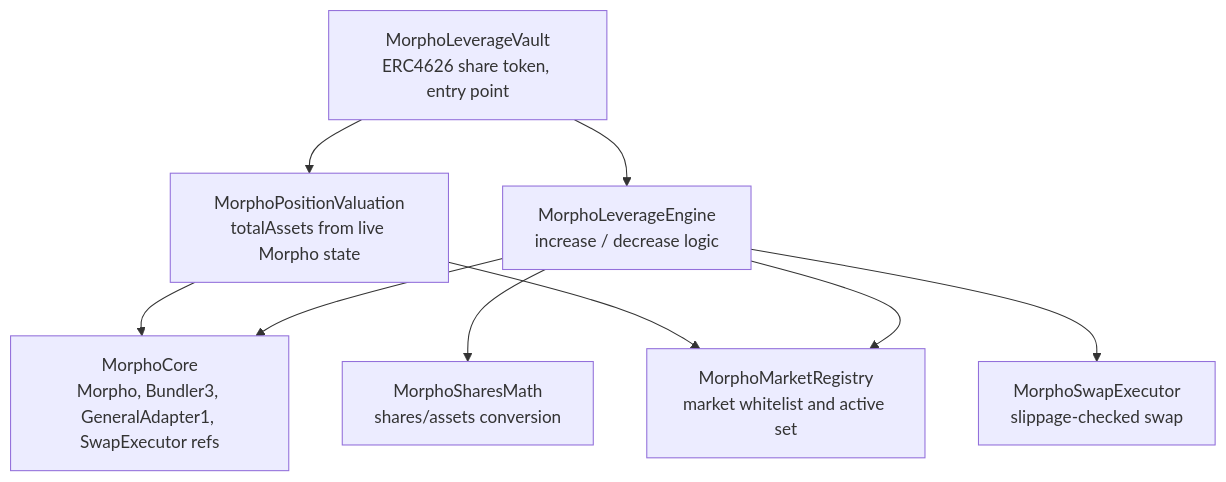
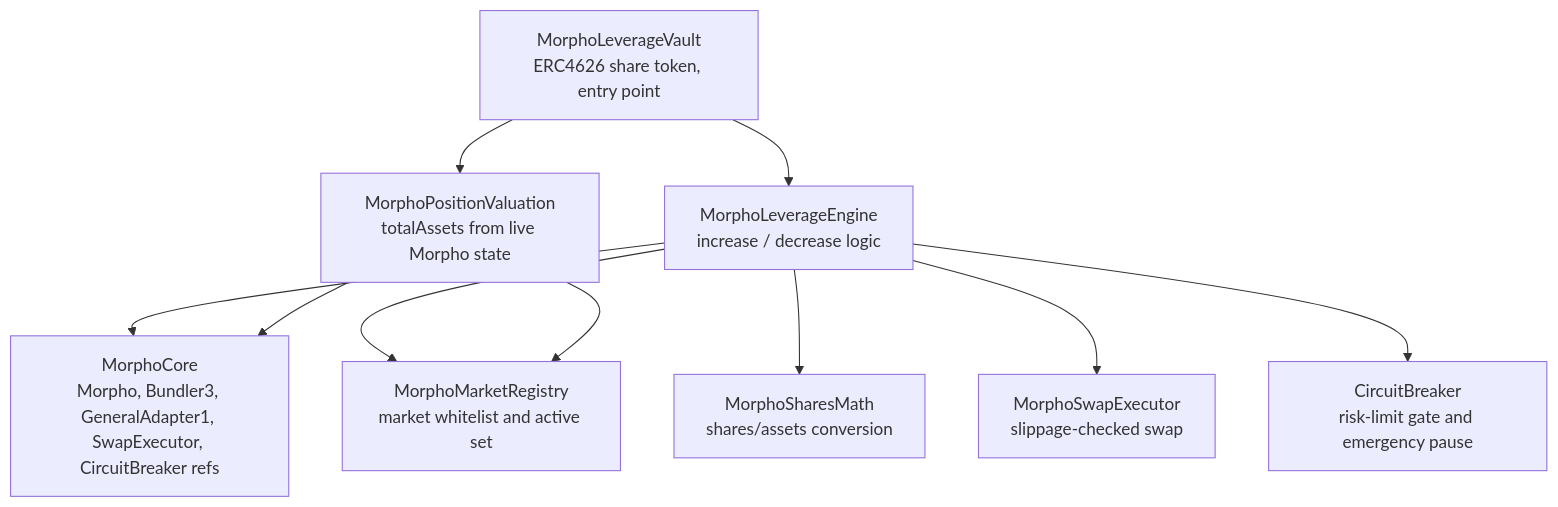
The first of 5 diagrams in README.md (pieakshat/Morpho-Controller), drawn with Mermaid before and after one commit. The commit also changed other lines of this file and 11 other files, not shown here.

Commit message:
feat: add CircuitBreaker risk-limit gate with owner-only emergency exit

````diff
--- a/README.md
+++ b/README.md
@@ -21,12 +23,13 @@
 ```mermaid
 flowchart TD
     Vault["MorphoLeverageVault<br/>ERC4626 share token, entry point"]
     Vault --> Engine["MorphoLeverageEngine<br/>increase / decrease logic"]
     Vault --> Valuation["MorphoPositionValuation<br/>totalAssets from live Morpho state"]
-    Engine --> Core["MorphoCore<br/>Morpho, Bundler3, GeneralAdapter1, SwapExecutor refs"]
+    Engine --> Core["MorphoCore<br/>Morpho, Bundler3, GeneralAdapter1, SwapExecutor, CircuitBreaker refs"]
     Engine --> Registry["MorphoMarketRegistry<br/>market whitelist and active set"]
     Engine --> SharesMath["MorphoSharesMath<br/>shares/assets conversion"]
     Engine --> SwapExec["MorphoSwapExecutor<br/>slippage-checked swap"]
+    Engine --> Breaker["CircuitBreaker<br/>risk-limit gate and emergency pause"]
     Valuation --> Core
     Valuation --> Registry
 ```
````
